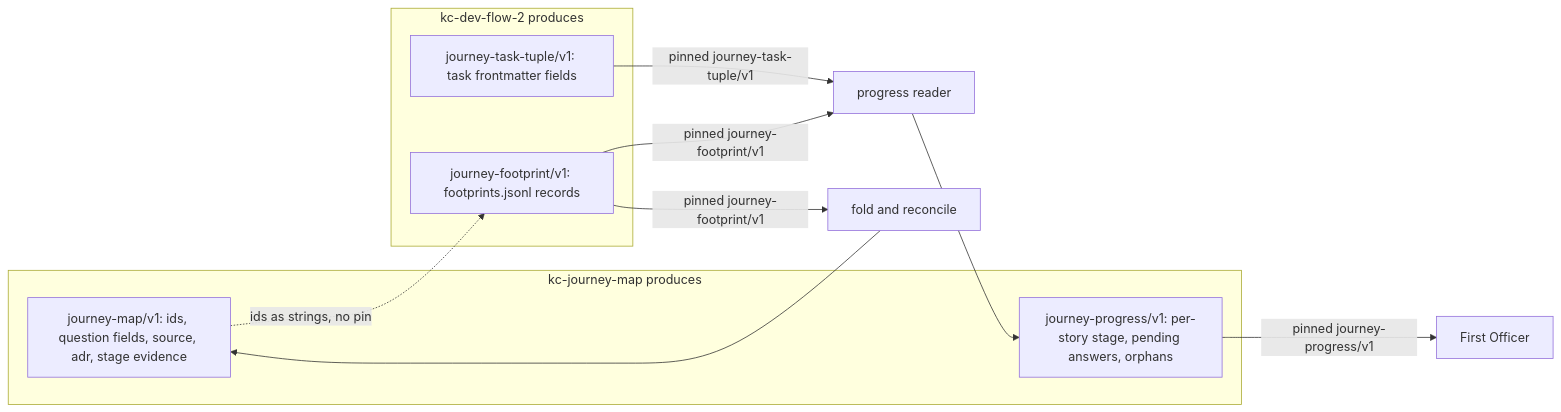
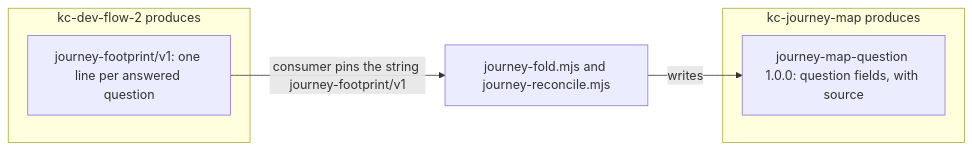
The second of 2 diagrams in journey-map-dev2-contract.md (iamcxa/kc-claude-plugins), drawn with Mermaid before and after one commit. The commit also changed other lines of this file, not shown here.

Commit message:
docs(dev2): journey-map-dev2-contract ideation redone for scope one

````diff
--- a/journey-map-dev2-contract.md
+++ b/journey-map-dev2-contract.md
@@ -170,18 +170,11 @@
 ```mermaid
 flowchart LR
+    subgraph D2["kc-dev-flow-2 produces"]
+        FP["journey-footprint/v1: one line per answered question"]
+    end
     subgraph JM["kc-journey-map produces"]
-        A["journey-map/v1: ids, question fields, source, adr, stage evidence"]
-        B["journey-progress/v1: per-story stage, pending answers, orphans"]
+        Q["journey-map-question 1.0.0: question fields, with source"]
     end
-    subgraph D2["kc-dev-flow-2 produces"]
-        C["journey-task-tuple/v1: task frontmatter fields"]
-        D["journey-footprint/v1: footprints.jsonl records"]
-    end
-    C -->|"pinned journey-task-tuple/v1"| R["progress reader"]
-    D -->|"pinned journey-footprint/v1"| R
-    D -->|"pinned journey-footprint/v1"| F["fold and reconcile"]
-    R --> B
-    F --> A
-    B -->|"pinned journey-progress/v1"| FO["First Officer"]
-    A -.->|"ids as strings, no pin"| D
+    FP -->|"consumer pins the string journey-footprint/v1"| F["journey-fold.mjs and journey-reconcile.mjs"]
+    F -->|"writes"| Q
 ```
````
